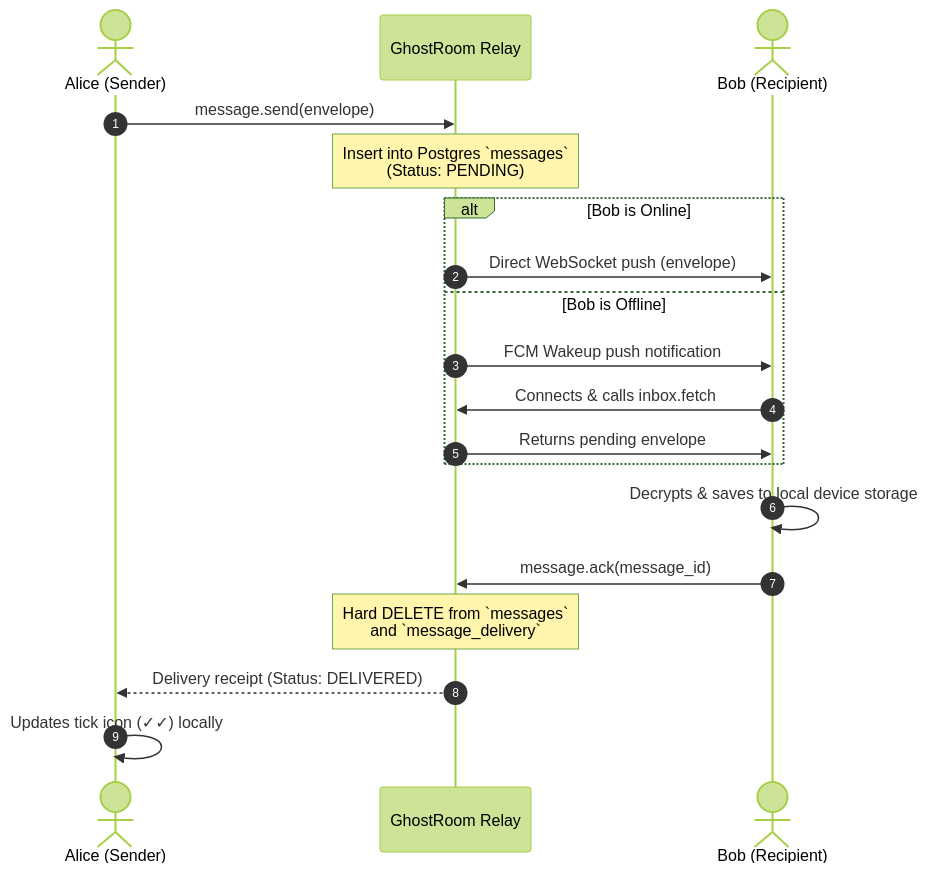
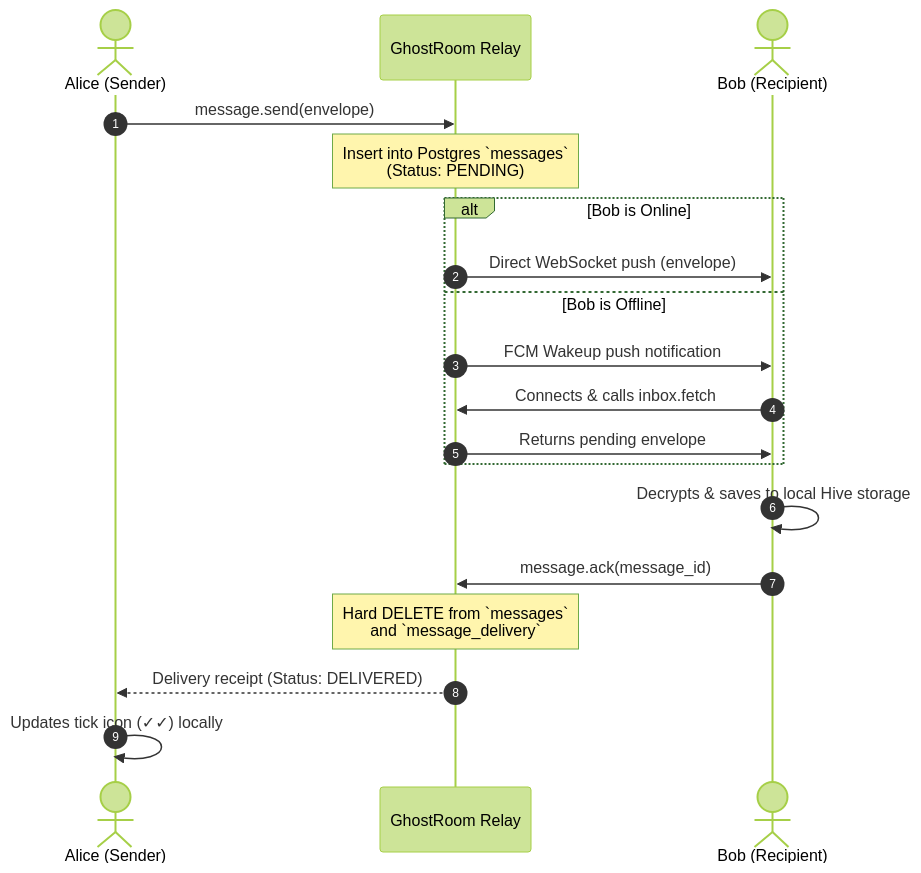
Before and after one commit to Sugarcube08/GhostRoom: the second of 2 diagrams in docs/ARCHITECTURE.md, drawn with Mermaid (forest theme). The commit also changed other lines of this file and 7 other files, not shown here.

First line of the commit message:
docs: update changelog, architecture, protocol, deployment, and readmes for v2.5.0

````diff
--- a/docs/ARCHITECTURE.md
+++ b/docs/ARCHITECTURE.md
@@ -81,25 +159,25 @@
 ```mermaid
 sequenceDiagram
     autonumber
     actor Alice as Alice (Sender)
     participant Relay as GhostRoom Relay
     actor Bob as Bob (Recipient)
 
     Alice->>Relay: message.send(envelope)
     Note over Relay: Insert into Postgres `messages`<br/>(Status: PENDING)
 
     alt Bob is Online
         Relay->>Bob: Direct WebSocket push (envelope)
     else Bob is Offline
         Relay->>Bob: FCM Wakeup push notification
         Bob->>Relay: Connects & calls inbox.fetch
         Relay->>Bob: Returns pending envelope
     end
 
-    Bob->>Bob: Decrypts & saves to local device storage
+    Bob->>Bob: Decrypts & saves to local Hive storage
     Bob->>Relay: message.ack(message_id)
     
     Note over Relay: Hard DELETE from `messages`<br/>and `message_delivery`
     Relay-->>Alice: Delivery receipt (Status: DELIVERED)
     Alice->>Alice: Updates tick icon (✓✓) locally
 ```
````
